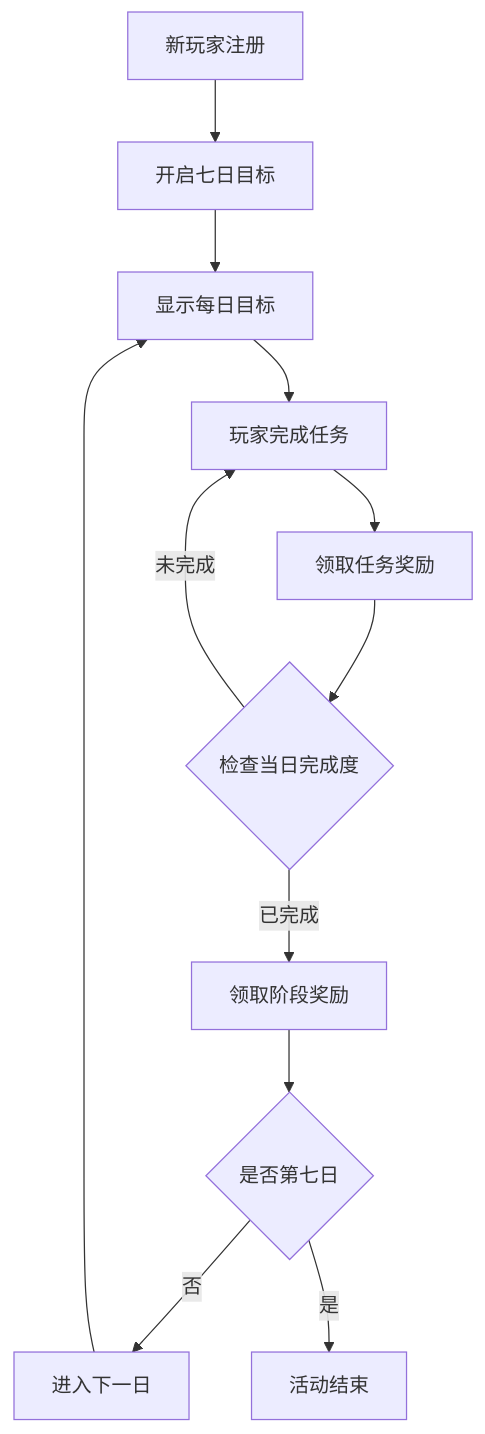
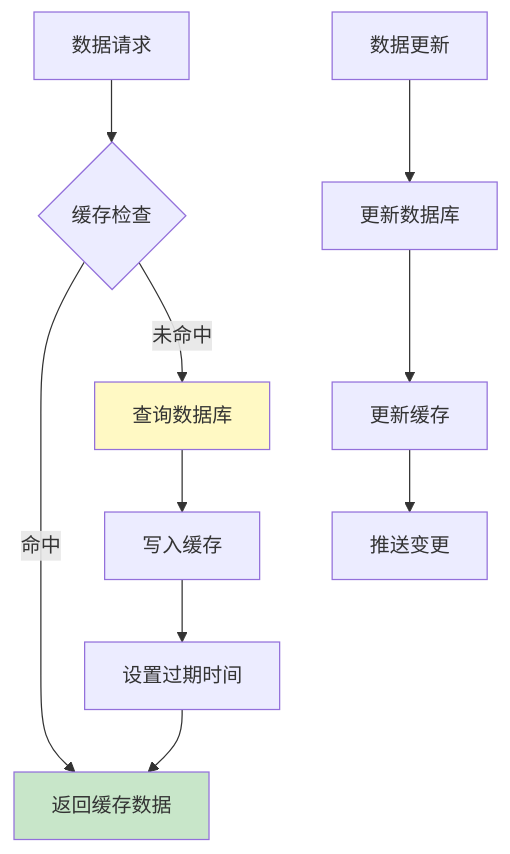
One commit to Alan-Ben/k2c_game_framework changed diagram 12 of 15 in docs/Module_Activity/05_完整说明.md. Above: the diagram before and after it, drawn with Mermaid. The commit also changed other lines of this file and 75 other files, not shown here.

````diff
--- a/docs/Module_Activity/05_完整说明.md
+++ b/docs/Module_Activity/05_完整说明.md
@@ -170,14 +649,18 @@
 ```mermaid
 flowchart TD
-    A[新玩家注册] --> B[开启七日目标]
-    B --> C[显示每日目标]
-    C --> D[玩家完成任务]
-    D --> E[领取任务奖励]
-    E --> F{检查当日完成度}
-    F -->|未完成| D
-    F -->|已完成| G[领取阶段奖励]
-    G --> H{是否第七日}
-    H -->|否| I[进入下一日]
-    I --> C
-    H -->|是| J[活动结束]
+    A[数据请求] --> B{缓存检查}
+    
+    B -->|命中| C[返回缓存数据]
+    B -->|未命中| D[查询数据库]
+    
+    D --> E[写入缓存]
+    E --> F[设置过期时间]
+    F --> C
+    
+    G[数据更新] --> H[更新数据库]
+    H --> I[更新缓存]
+    I --> J[推送变更]
+    
+    style C fill:#c8e6c9
+    style D fill:#fff9c4
 ```
````
